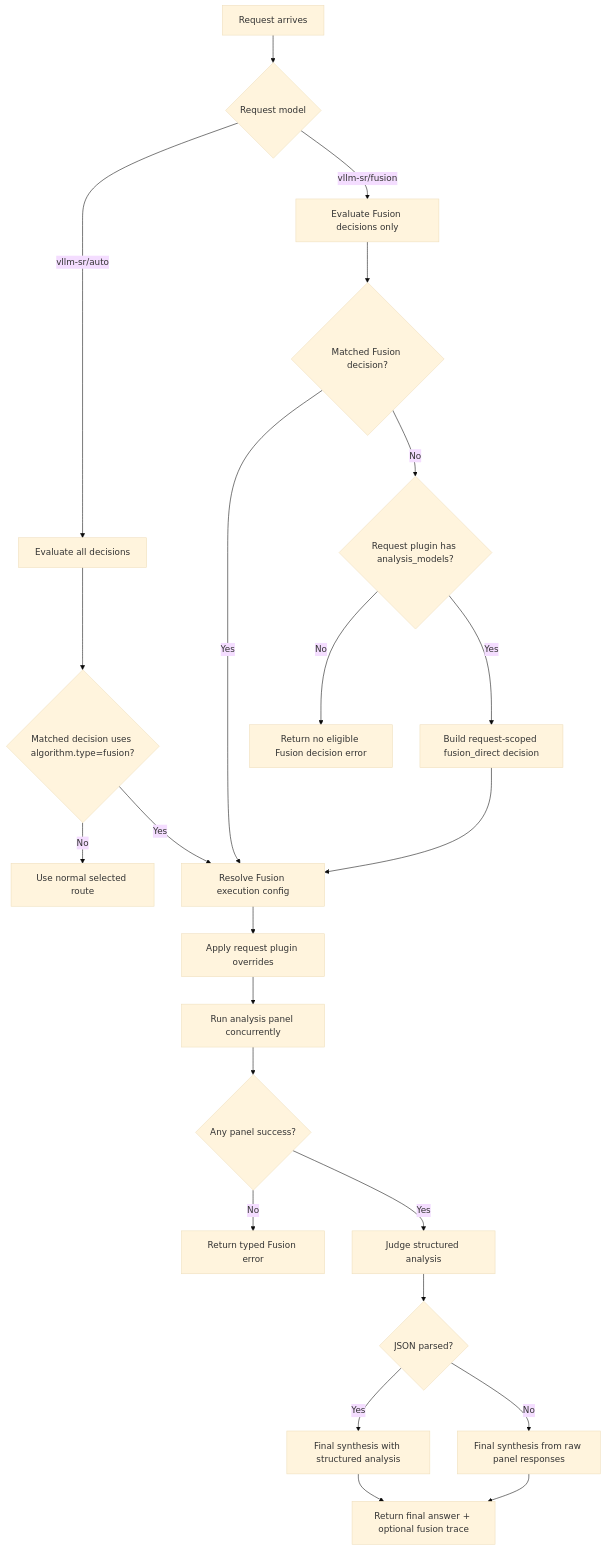
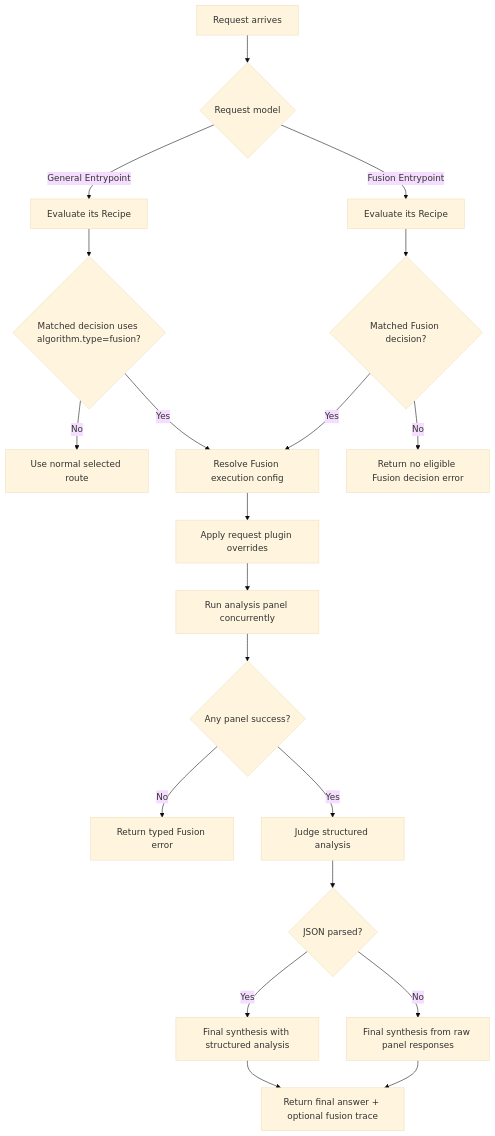
The diagram in website/docs/tutorials/algorithm/looper/fusion.md (vllm-project/semantic-router), drawn with Mermaid (base theme) before and after one commit. The commit also changed other lines of this file and 3451 other files, not shown here.

````diff
--- a/website/docs/tutorials/algorithm/looper/fusion.md
+++ b/website/docs/tutorials/algorithm/looper/fusion.md
@@ -29,25 +31,22 @@
 ```mermaid
 flowchart TD
     A[Request arrives] --> B{Request model}
-    B -- vllm-sr/auto --> C[Evaluate all decisions]
-    B -- vllm-sr/fusion --> D[Evaluate Fusion decisions only]
+    B -- General Entrypoint --> C[Evaluate its Recipe]
+    B -- Fusion Entrypoint --> D[Evaluate its Recipe]
     C --> E{Matched decision uses algorithm.type=fusion?}
     D --> F{Matched Fusion decision?}
     E -- No --> G[Use normal selected route]
     E -- Yes --> H[Resolve Fusion execution config]
     F -- Yes --> H
-    F -- No --> I{Request plugin has analysis_models?}
-    I -- No --> J[Return no eligible Fusion decision error]
-    I -- Yes --> K[Build request-scoped fusion_direct decision]
-    K --> H
+    F -- No --> J[Return no eligible Fusion decision error]
     H --> L[Apply request plugin overrides]
     L --> M[Run analysis panel concurrently]
     M --> N{Any panel success?}
     N -- No --> O[Return typed Fusion error]
     N -- Yes --> P[Judge structured analysis]
     P --> Q{JSON parsed?}
     Q -- Yes --> R[Final synthesis with structured analysis]
     Q -- No --> S[Final synthesis from raw panel responses]
     R --> T[Return final answer + optional fusion trace]
     S --> T
 ```
````
